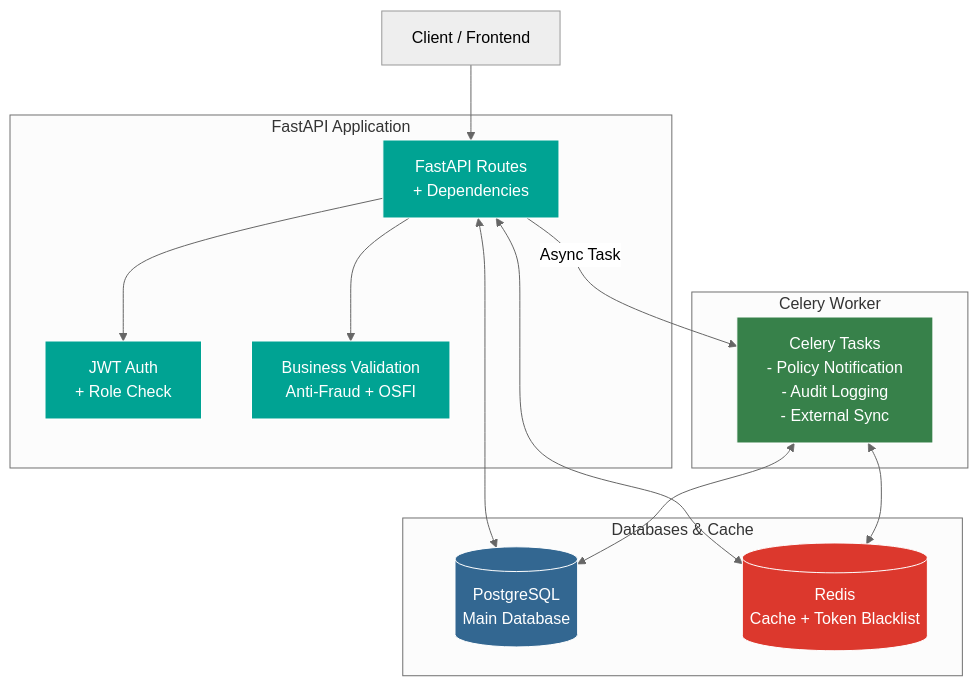
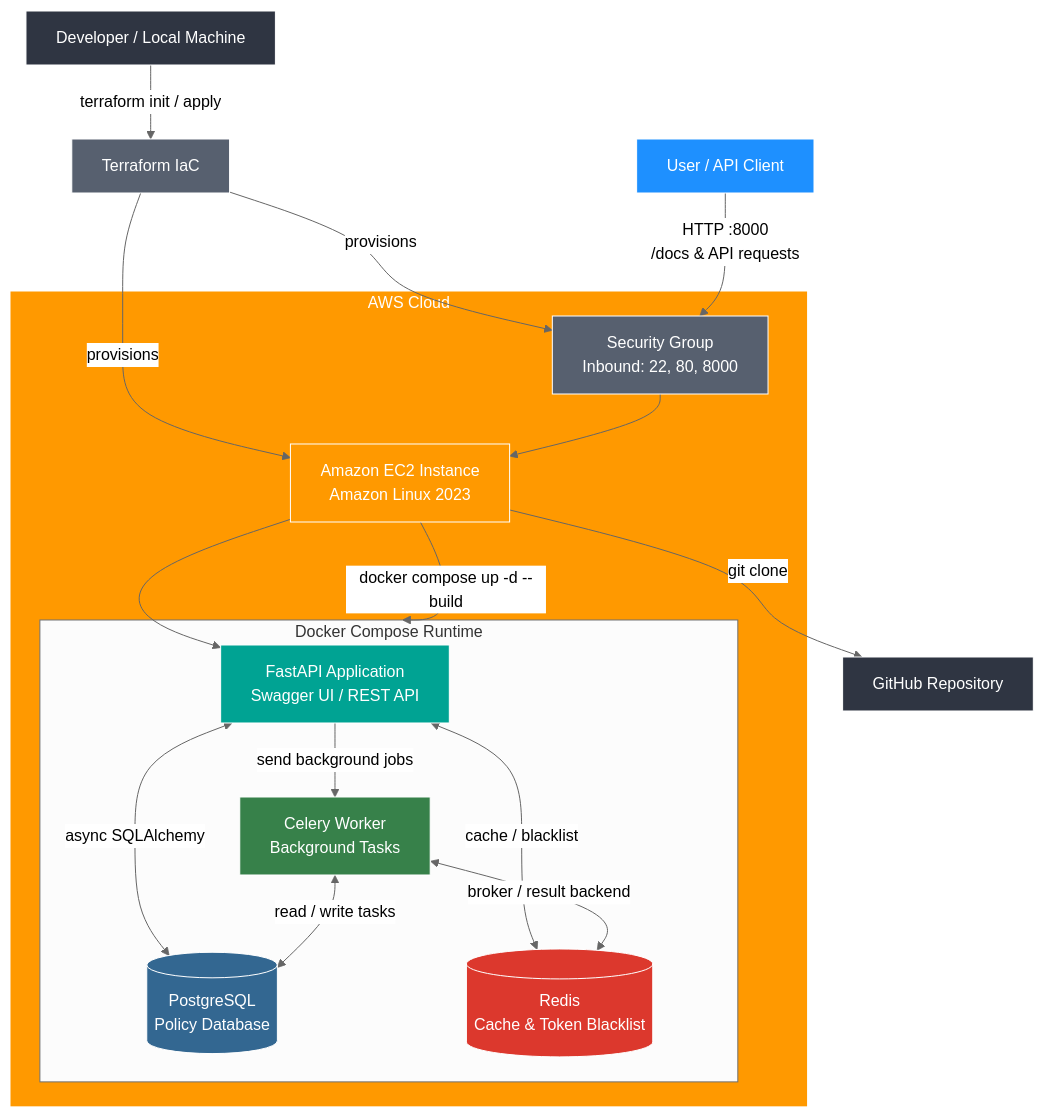
One commit to yogurt98/Insurance-policy-FastAPI changed the diagram in README.md. Above: the diagram before and after it, drawn with Mermaid (neutral theme). The commit also changed other lines of this file and 8 other files, not shown here.

Commit message:
feat: add Terraform-based AWS deployment

````diff
--- a/README.md
+++ b/README.md
@@ -21,44 +33,54 @@
 ```mermaid
 flowchart TD
-    %% 外部客户端
-    Client[Client / Frontend] 
-    
-    %% FastAPI 主应用
-    subgraph FastAPI ["FastAPI Application"]
-        API[FastAPI Routes\n+ Dependencies]
-        Auth[JWT Auth\n+ Role Check]
-        Validation[Business Validation\nAnti-Fraud + OSFI]
+    Dev["Developer / Local Machine"]
+    GitHub["GitHub Repository"]
+    TF["Terraform IaC"]
+
+    subgraph AWS["AWS Cloud"]
+        SG["Security Group<br/>Inbound: 22, 80, 8000"]
+        EC2["Amazon EC2 Instance<br/>Amazon Linux 2023"]
+
+        subgraph Docker["Docker Compose Runtime"]
+            API["FastAPI Application<br/>Swagger UI / REST API"]
+            DB[("PostgreSQL<br/>Policy Database")]
+            Redis[("Redis<br/>Cache & Token Blacklist")]
+            Celery["Celery Worker<br/>Background Tasks"]
+        end
     end
 
-    %% 数据库
-    subgraph Databases ["Databases & Cache"]
-        PG[(PostgreSQL\nMain Database)]
-        Redis[(Redis\nCache + Token Blacklist)]
-    end
+    User["User / API Client"]
 
-    %% 异步任务
-    subgraph Celery ["Celery Worker"]
-        Tasks[Celery Tasks\n- Policy Notification\n- Audit Logging\n- External Sync]
-    end
+    Dev -->|"terraform init / apply"| TF
+    TF -->|"provisions"| SG
+    TF -->|"provisions"| EC2
+    EC2 -->|"git clone"| GitHub
+    EC2 -->|"docker compose up -d --build"| Docker
 
-    %% 数据流向
-    Client --> API
-    API --> Auth
-    API --> Validation
-    API <--> PG
-    API <--> Redis
-    API -->|Async Task| Tasks
-    Tasks <--> PG
-    Tasks <--> Redis
+    User -->|"HTTP :8000<br/>/docs & API requests"| SG
+    SG --> EC2
+    EC2 --> API
 
-    %% 样式
-    classDef api fill:#00a393,stroke:#fff,color:#fff
-    classDef db fill:#336791,stroke:#fff,color:#fff
-    classDef cache fill:#dc382d,stroke:#fff,color:#fff
-    classDef task fill:#37814a,stroke:#fff,color:#fff
+    API <-->|"async SQLAlchemy"| DB
+    API <-->|"cache / blacklist"| Redis
+    API -->|"send background jobs"| Celery
+    Celery <-->|"read / write tasks"| DB
+    Celery <-->|"broker / result backend"| Redis
 
-    class API,Auth,Validation api
-    class PG db
+    classDef dev fill:#2f3542,stroke:#ffffff,color:#ffffff
+    classDef cloud fill:#ff9900,stroke:#ffffff,color:#ffffff
+    classDef infra fill:#57606f,stroke:#ffffff,color:#ffffff
+    classDef app fill:#00a393,stroke:#ffffff,color:#ffffff
+    classDef db fill:#336791,stroke:#ffffff,color:#ffffff
+    classDef cache fill:#dc382d,stroke:#ffffff,color:#ffffff
+    classDef worker fill:#37814a,stroke:#ffffff,color:#ffffff
+    classDef user fill:#1e90ff,stroke:#ffffff,color:#ffffff
+
+    class Dev,GitHub dev
+    class TF,SG infra
+    class AWS,EC2 cloud
+    class API app
+    class DB db
     class Redis cache
-    class Tasks task
+    class Celery worker
+    class User user
 ```
````
